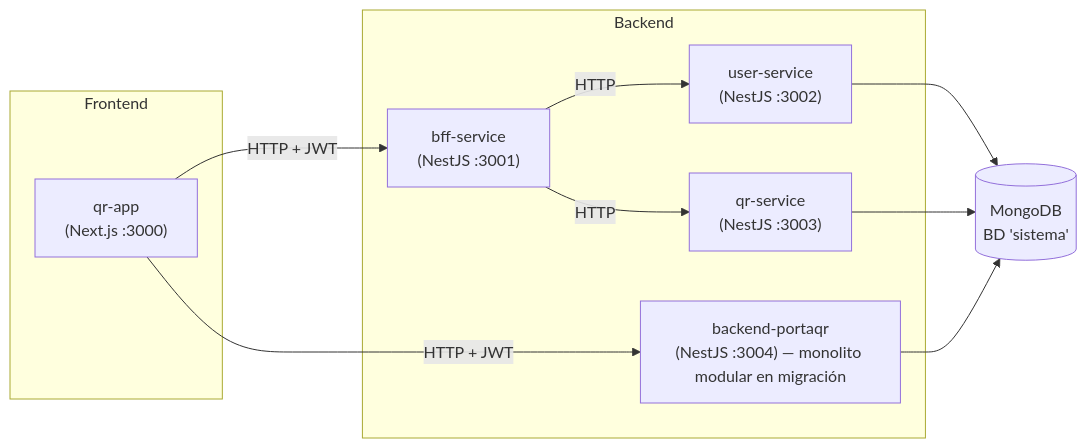
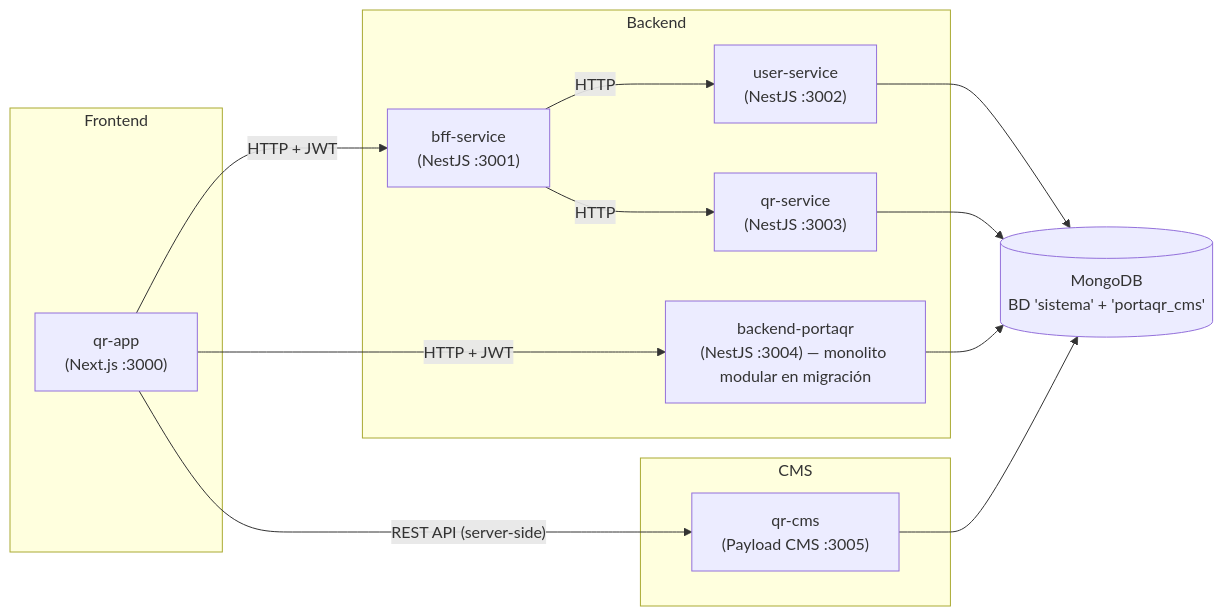
One commit to FabioBustosTech/docs-portaqr changed the diagram in README.md. Above: the diagram before and after it, drawn with Mermaid. The commit also changed other lines of this file, not shown here.

````diff
--- a/README.md
+++ b/README.md
@@ -42,23 +43,29 @@
 ```mermaid
 flowchart LR
     subgraph FE["Frontend"]
         APP["qr-app<br/>(Next.js :3000)"]
     end
 
     subgraph BE["Backend"]
         BFF["bff-service<br/>(NestJS :3001)"]
         US["user-service<br/>(NestJS :3002)"]
         QRS["qr-service<br/>(NestJS :3003)"]
         MONO["backend-portaqr<br/>(NestJS :3004) — monolito modular en migración"]
     end
 
-    DB[("MongoDB<br/>BD 'sistema'")]
+    subgraph CMS["CMS"]
+        QR_CMS["qr-cms<br/>(Payload CMS :3005)"]
+    end
+
+    DB[("MongoDB<br/>BD 'sistema' + 'portaqr_cms'")]
 
     APP -->|"HTTP + JWT"| BFF
     APP -->|"HTTP + JWT"| MONO
+    APP -->|"REST API (server-side)"| QR_CMS
     BFF -->|"HTTP"| US
     BFF -->|"HTTP"| QRS
     US --> DB
     QRS --> DB
     MONO --> DB
+    QR_CMS --> DB
 ```
````
